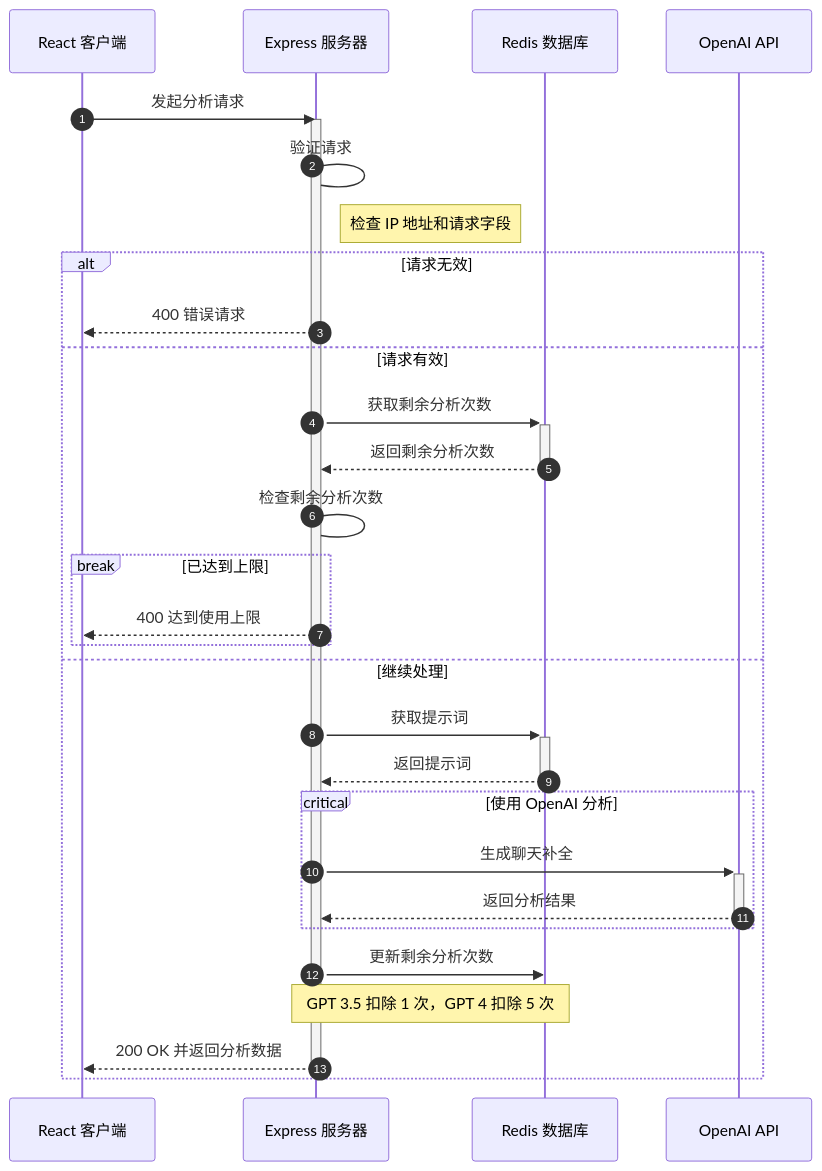
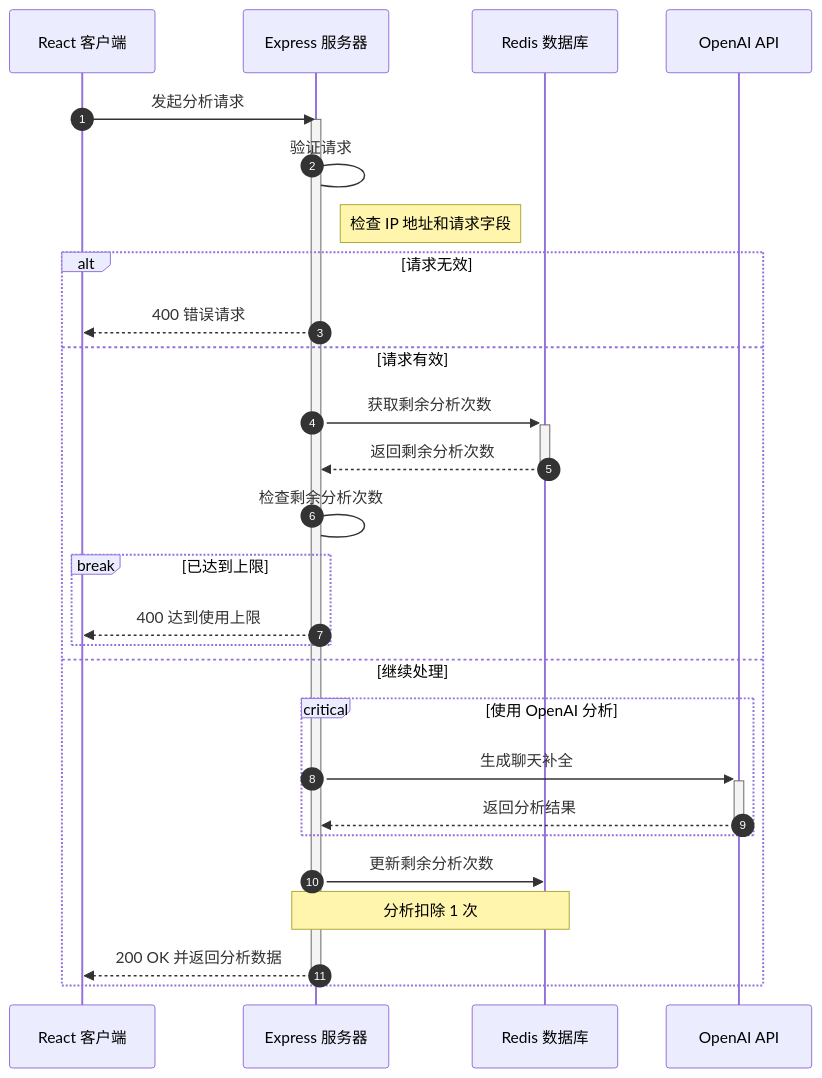
Before and after one commit to romantech/syntax-analyzer: the diagram in README.zh-Hans.md, drawn with Mermaid. The commit also changed other lines of this file and 67 other files, not shown here.

````diff
--- a/README.zh-Hans.md
+++ b/README.zh-Hans.md
@@ -56,44 +56,41 @@
 ```mermaid
 sequenceDiagram
     autonumber
 
     participant C as React 客户端
     participant S as Express 服务器
     participant R as Redis 数据库
     participant O as OpenAI API
 
     C->>S: 发起分析请求
 
     activate S
 
     S->S: 验证请求
     Note right of S: 检查 IP 地址和请求字段
 
     alt 请求无效
         S-->>C: 400 错误请求
 
     else 请求有效
         S->>+R: 获取剩余分析次数
         R-->>-S: 返回剩余分析次数
         S->S: 检查剩余分析次数
 
         break 已达到上限
             S-->>C: 400 达到使用上限
         end
 
         else 继续处理
-            S->>+R: 获取提示词
-            R-->>-S: 返回提示词
-
             critical 使用 OpenAI 分析
                 S->>+O: 生成聊天补全
                 O-->>-S: 返回分析结果
             end
 
             S->>R: 更新剩余分析次数
-            Note over S,R: GPT 3.5 扣除 1 次，GPT 4 扣除 5 次
+            Note over S,R: 分析扣除 1 次
 
             S-->>C: 200 OK 并返回分析数据
             deactivate S
     end
 ```
````
